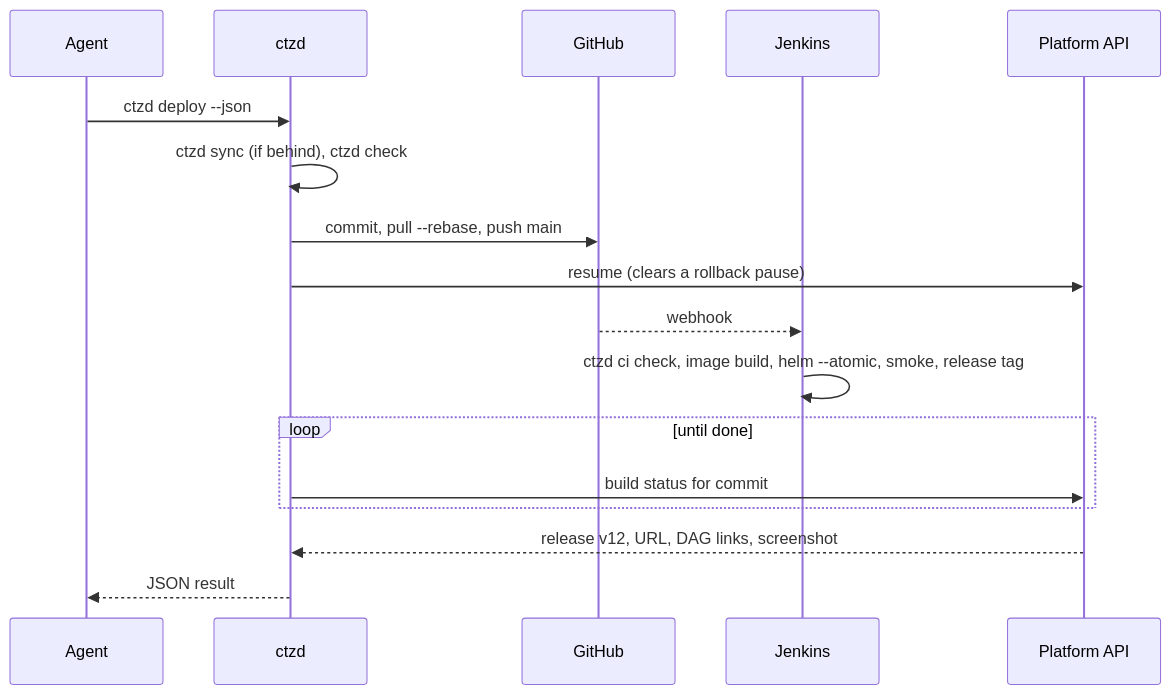
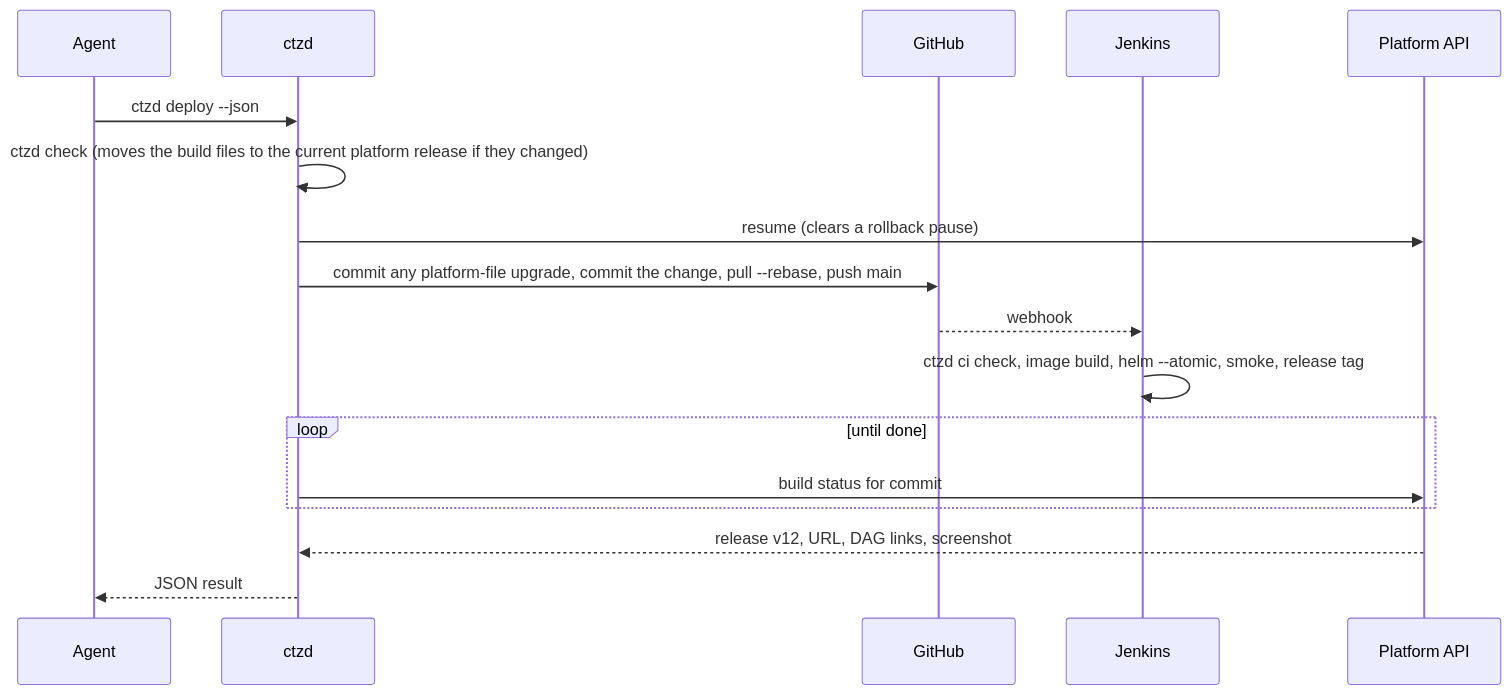
The second of 2 diagrams in docs/plan.md (jacobragsdale/ctzd), drawn with Mermaid before and after one commit. The commit also changed other lines of this file and 55 other files, not shown here.

````diff
--- a/docs/plan.md
+++ b/docs/plan.md
@@ -203,19 +218,19 @@
 ```mermaid
 sequenceDiagram
   participant A as Agent
   participant C as ctzd
   participant G as GitHub
   participant J as Jenkins
   participant P as Platform API
   A->>C: ctzd deploy --json
-  C->>C: ctzd sync (if behind), ctzd check
-  C->>G: commit, pull --rebase, push main
+  C->>C: ctzd check (moves the build files to the current platform release if they changed)
   C->>P: resume (clears a rollback pause)
+  C->>G: commit any platform-file upgrade, commit the change, pull --rebase, push main
   G-->>J: webhook
   J->>J: ctzd ci check, image build, helm --atomic, smoke, release tag
   loop until done
     C->>P: build status for commit
   end
   P-->>C: release v12, URL, DAG links, screenshot
   C-->>A: JSON result
 ```
````
